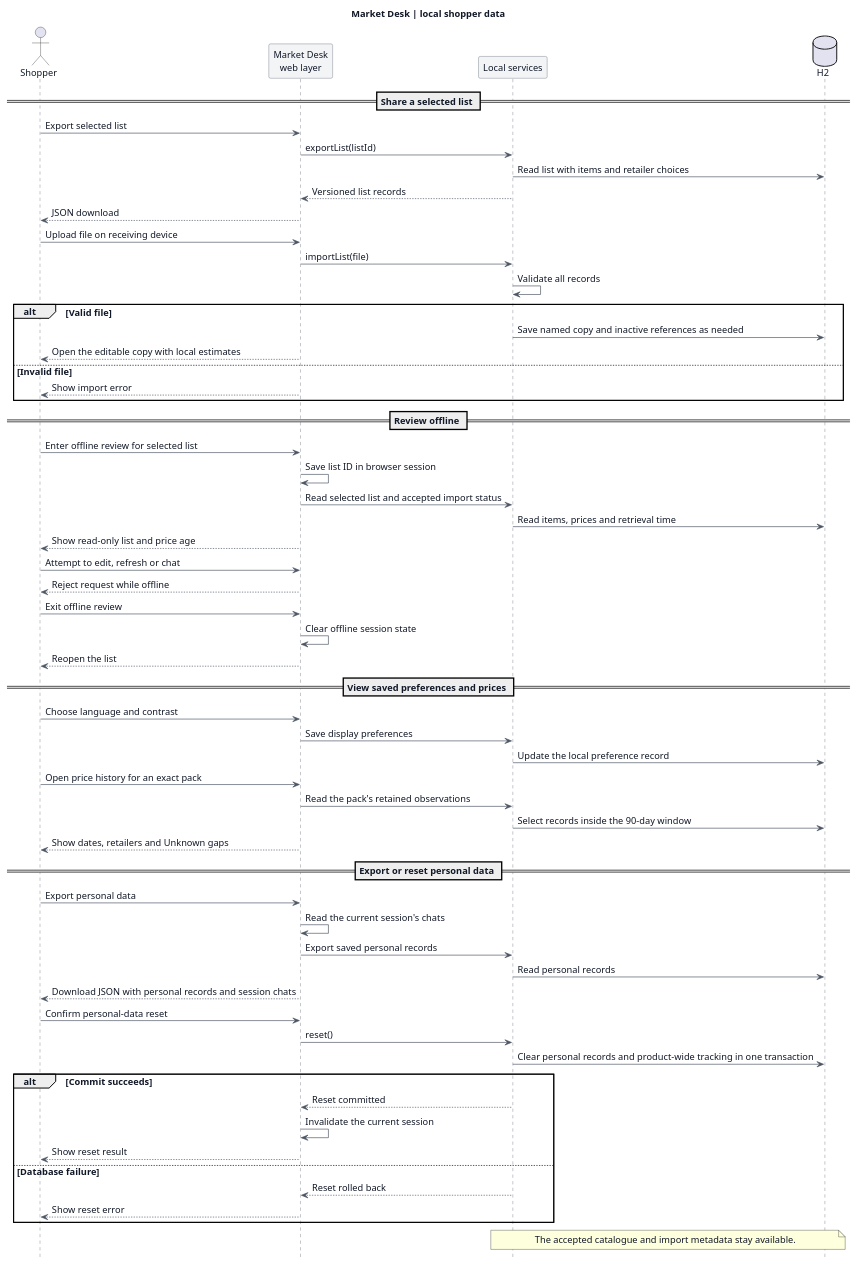
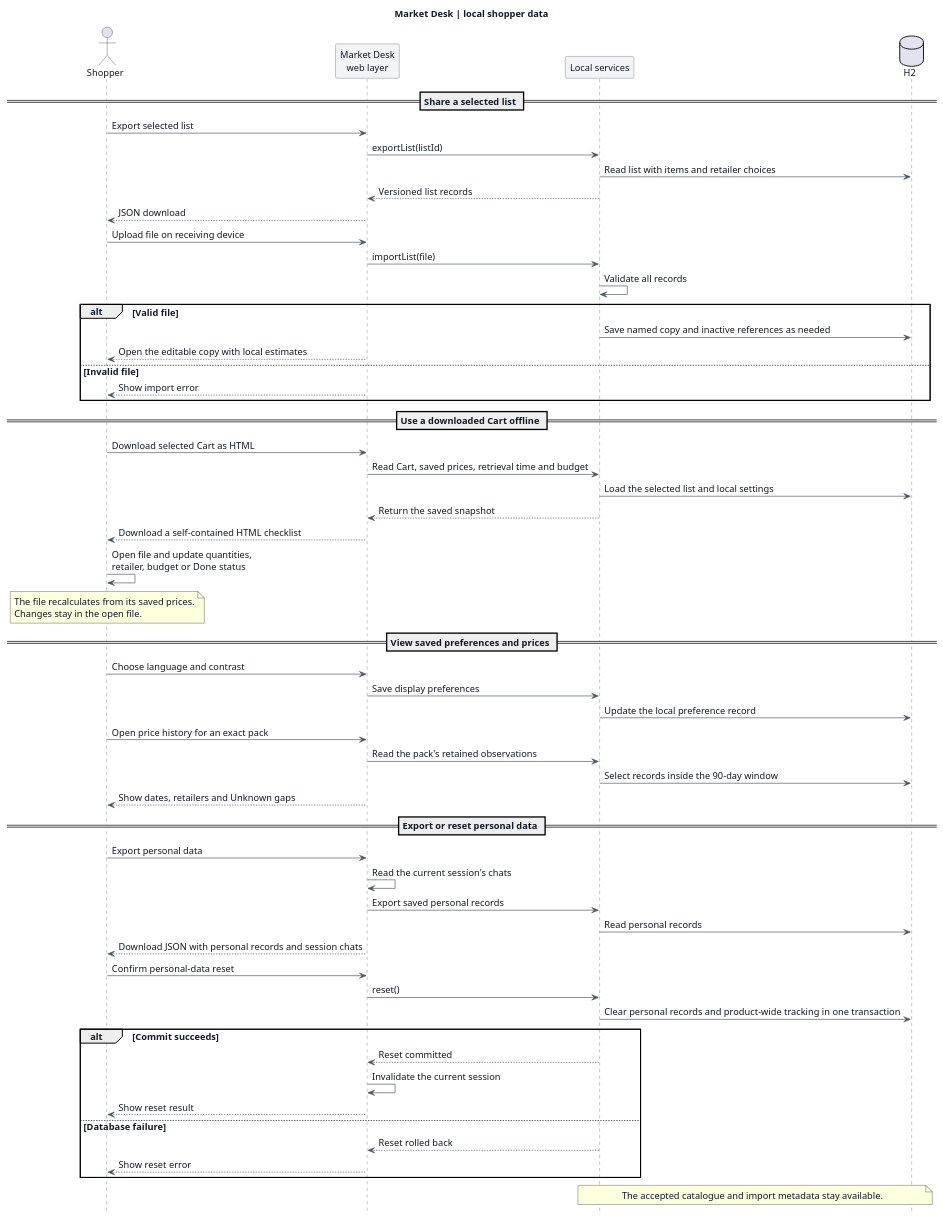
The diagram in docs/diagrams/j10-j12/shopper-sequence.puml (LamHeiKit230208993/CS3383-Project), drawn with PlantUML before and after one commit. The commit also changed 78 other files, not shown here.

Commit message:
feat: extend Ask, Cart, and Settings workflows

```diff
--- a/docs/diagrams/j10-j12/shopper-sequence.puml
+++ b/docs/diagrams/j10-j12/shopper-sequence.puml
@@ -1,78 +1,75 @@
 @startuml
 skinparam backgroundColor #ffffff
 skinparam defaultFontName Arial
 skinparam defaultFontSize 14
 skinparam defaultFontColor #111827
 skinparam shadowing false
 skinparam arrowColor #4b5563
 skinparam sequenceParticipantBackgroundColor #f3f4f6
 skinparam sequenceParticipantBorderColor #4b5563
 skinparam sequenceLifeLineBorderColor #4b5563
 hide footbox
 title Market Desk | local shopper data
 
 actor Shopper
 participant "Market Desk\nweb layer" as Web
 participant "Local services" as Service
 database "H2" as DB
 
 == Share a selected list ==
 
 Shopper -> Web: Export selected list
 Web -> Service: exportList(listId)
 Service -> DB: Read list with items and retailer choices
 Service --> Web: Versioned list records
 Web --> Shopper: JSON download
 Shopper -> Web: Upload file on receiving device
 Web -> Service: importList(file)
 Service -> Service: Validate all records
 alt Valid file
   Service -> DB: Save named copy and inactive references as needed
   Web --> Shopper: Open the editable copy with local estimates
 else Invalid file
   Web --> Shopper: Show import error
 end
 
-== Review offline ==
+== Use a downloaded Cart offline ==
 
-Shopper -> Web: Enter offline review for selected list
-Web -> Web: Save list ID in browser session
-Web -> Service: Read selected list and accepted import status
-Service -> DB: Read items, prices and retrieval time
-Web --> Shopper: Show read-only list and price age
-Shopper -> Web: Attempt to edit, refresh or chat
-Web --> Shopper: Reject request while offline
-Shopper -> Web: Exit offline review
-Web -> Web: Clear offline session state
-Web --> Shopper: Reopen the list
+Shopper -> Web: Download selected Cart as HTML
+Web -> Service: Read Cart, saved prices, retrieval time and budget
+Service -> DB: Load the selected list and local settings
+Service --> Web: Return the saved snapshot
+Web --> Shopper: Download a self-contained HTML checklist
+Shopper -> Shopper: Open file and update quantities,\nretailer, budget or Done status
+note over Shopper: The file recalculates from its saved prices.\nChanges stay in the open file.
 
 == View saved preferences and prices ==
 
 Shopper -> Web: Choose language and contrast
 Web -> Service: Save display preferences
 Service -> DB: Update the local preference record
 Shopper -> Web: Open price history for an exact pack
 Web -> Service: Read the pack's retained observations
 Service -> DB: Select records inside the 90-day window
 Web --> Shopper: Show dates, retailers and Unknown gaps
 
 == Export or reset personal data ==
 
 Shopper -> Web: Export personal data
 Web -> Web: Read the current session's chats
 Web -> Service: Export saved personal records
 Service -> DB: Read personal records
 Web --> Shopper: Download JSON with personal records and session chats
 Shopper -> Web: Confirm personal-data reset
 Web -> Service: reset()
 Service -> DB: Clear personal records and product-wide tracking in one transaction
 alt Commit succeeds
   Service --> Web: Reset committed
   Web -> Web: Invalidate the current session
   Web --> Shopper: Show reset result
 else Database failure
   Service --> Web: Reset rolled back
   Web --> Shopper: Show reset error
 end
 note over Service,DB: The accepted catalogue and import metadata stay available.
 @enduml
```
